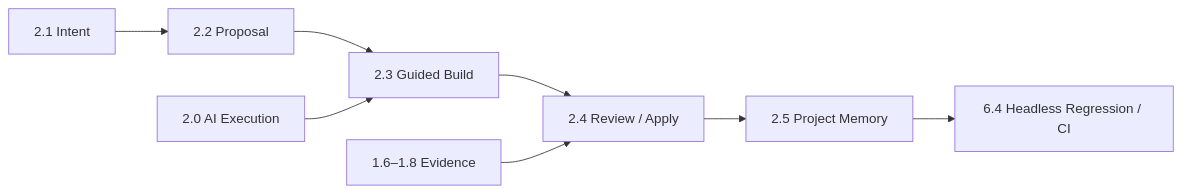
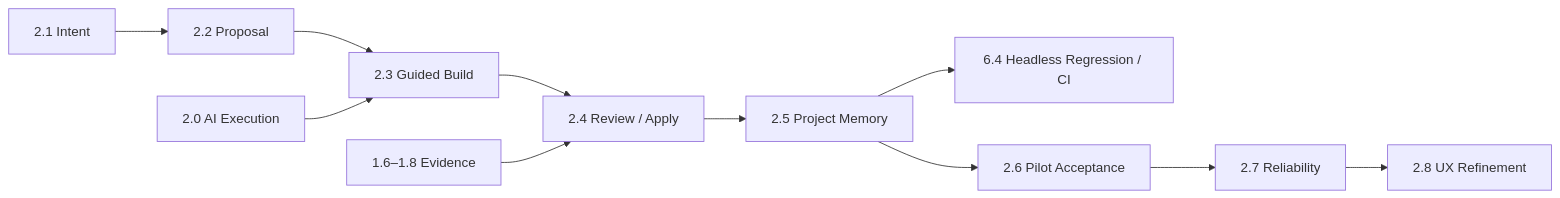
One commit to StayHomeLabNet/onigiri-harness changed the second of 2 diagrams in DEVELOPMENT_PLAN.md. Above: the diagram before and after it, drawn with Mermaid. The commit also changed other lines of this file, not shown here.

Commit message:
Plan vibe build pilot acceptance phases

````diff
--- a/DEVELOPMENT_PLAN.md
+++ b/DEVELOPMENT_PLAN.md
@@ -159,7 +185,8 @@
 ```mermaid
 flowchart LR
     I[2.1 Intent] --> P[2.2 Proposal] --> B[2.3 Guided Build] --> R[2.4 Review / Apply] --> M[2.5 Project Memory]
     E[1.6–1.8 Evidence] --> R
     A[2.0 AI Execution] --> B
     M --> C[6.4 Headless Regression / CI]
+    M --> V[2.6 Pilot Acceptance] --> H[2.7 Reliability] --> U[2.8 UX Refinement]
 ```
````
